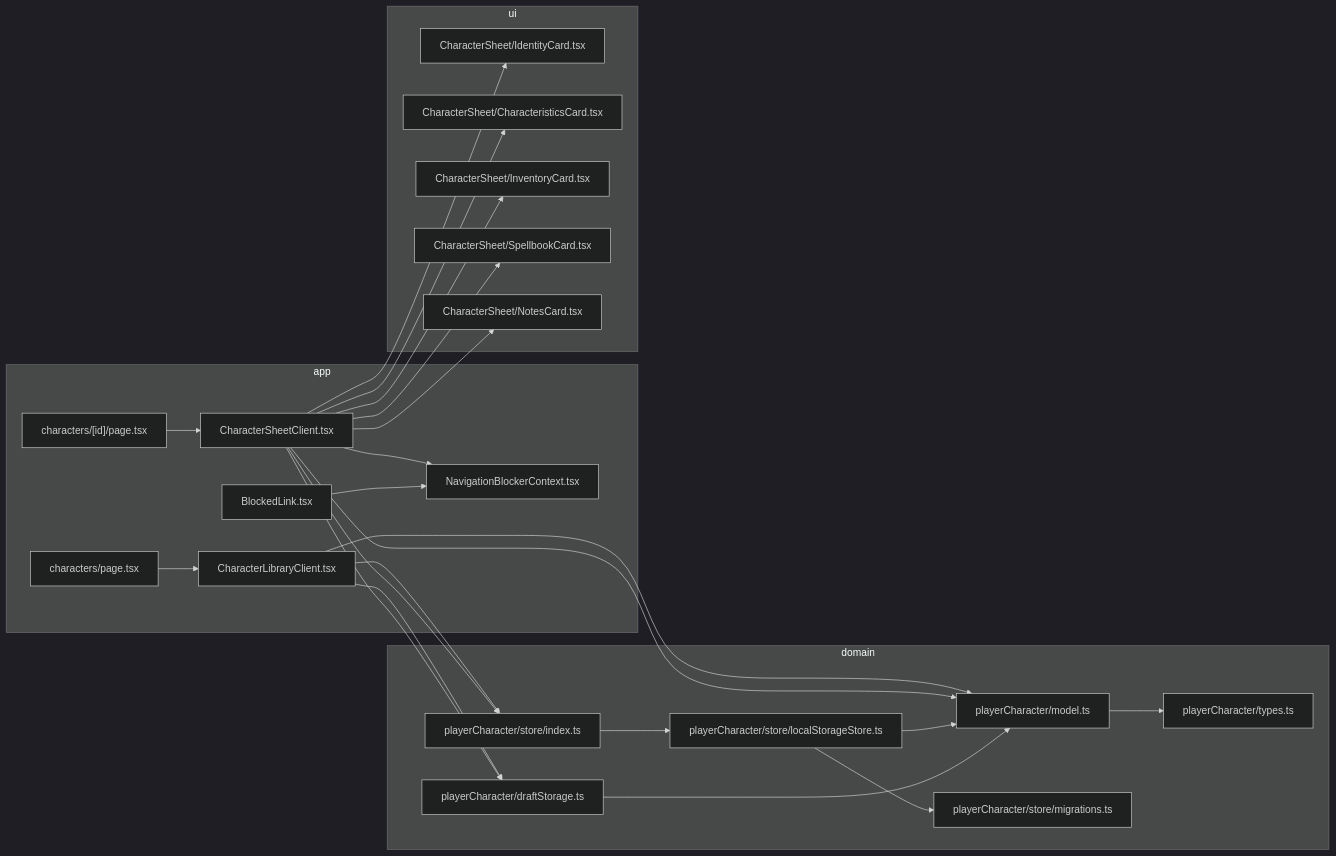
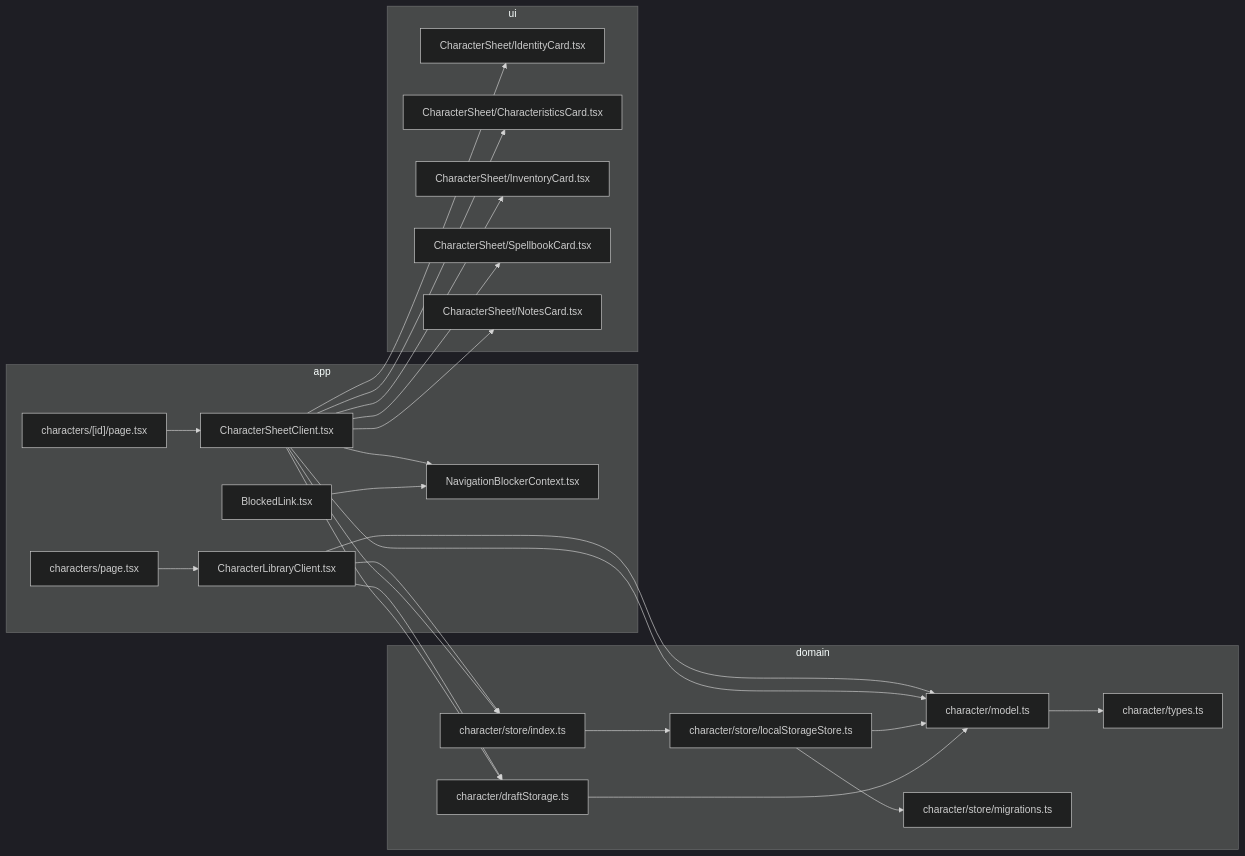
One commit to KittyGiraudel/ProMe changed the diagram in docs/character-manager.md. Above: the diagram before and after it, drawn with Mermaid (dark theme). The commit also changed other lines of this file and 26 other files, not shown here.

````diff
--- a/docs/character-manager.md
+++ b/docs/character-manager.md
@@ -81,46 +81,46 @@
 ```mermaid
 flowchart LR
   subgraph app
     listPage["characters/page.tsx"]
     listClient["CharacterLibraryClient.tsx"]
     sheetPage["characters/[id]/page.tsx"]
     sheetClient["CharacterSheetClient.tsx"]
     navCtx["NavigationBlockerContext.tsx"]
     blocked["BlockedLink.tsx"]
   end
   subgraph domain
-    model["playerCharacter/model.ts"]
-    types["playerCharacter/types.ts"]
-    draft["playerCharacter/draftStorage.ts"]
-    store["playerCharacter/store/localStorageStore.ts"]
-    mig["playerCharacter/store/migrations.ts"]
-    storeIdx["playerCharacter/store/index.ts"]
+    model["character/model.ts"]
+    types["character/types.ts"]
+    draft["character/draftStorage.ts"]
+    store["character/store/localStorageStore.ts"]
+    mig["character/store/migrations.ts"]
+    storeIdx["character/store/index.ts"]
   end
   subgraph ui
     identity["CharacterSheet/IdentityCard.tsx"]
     chars["CharacterSheet/CharacteristicsCard.tsx"]
     inventory["CharacterSheet/InventoryCard.tsx"]
     spells["CharacterSheet/SpellbookCard.tsx"]
     notes["CharacterSheet/NotesCard.tsx"]
   end
   listPage --> listClient
   sheetPage --> sheetClient
   listClient --> storeIdx
   listClient --> model
   listClient --> draft
   sheetClient --> storeIdx
   sheetClient --> draft
   sheetClient --> model
   sheetClient --> navCtx
   blocked --> navCtx
   sheetClient --> identity
   sheetClient --> chars
   sheetClient --> inventory
   sheetClient --> spells
   sheetClient --> notes
   storeIdx --> store
   store --> mig
   store --> model
   draft --> model
   model --> types
 ```
````
